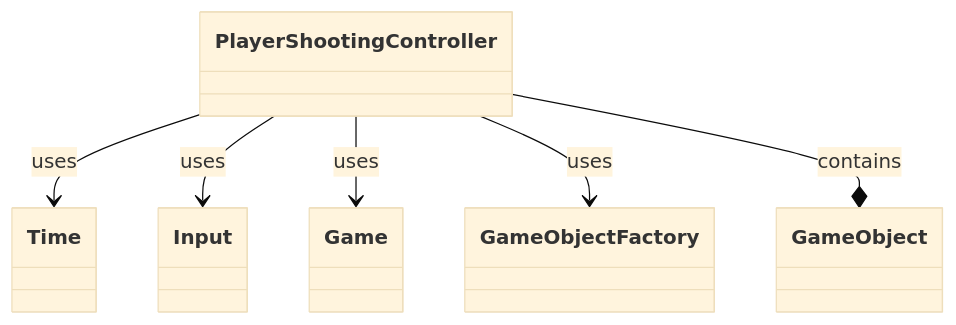
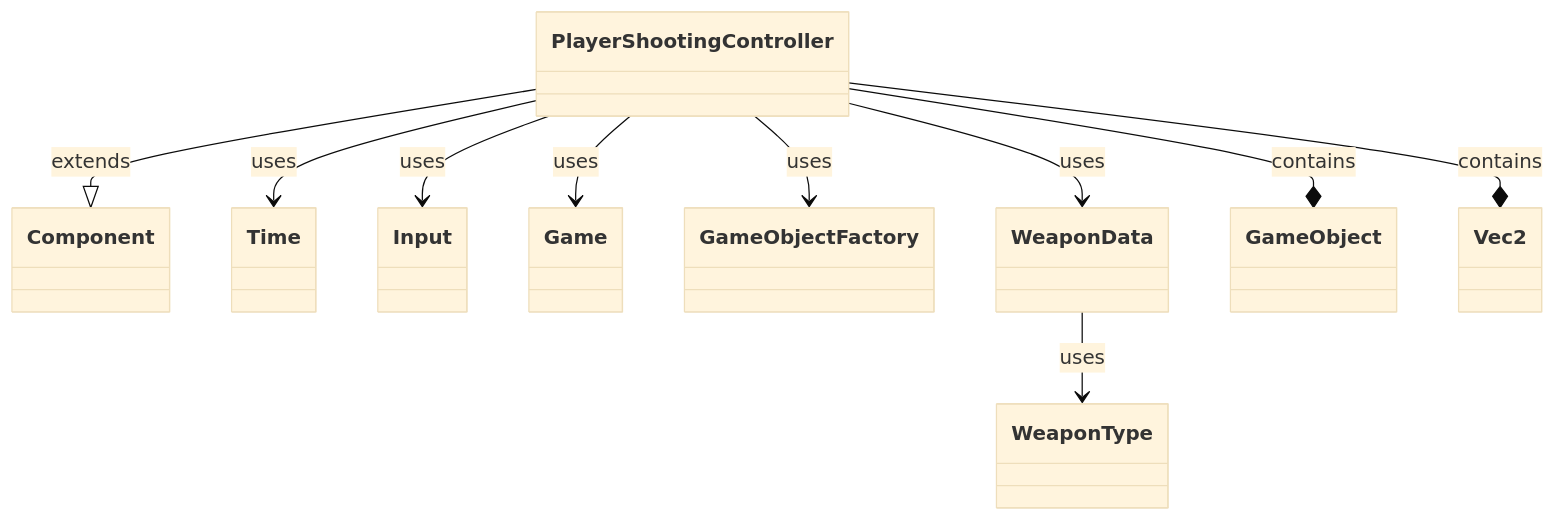
The ninth of 10 diagrams in docs/design/class_diagrams.md (Rimaro03/docs-exam-slayer), drawn with Mermaid (base theme) before and after one commit. The commit also changed other lines of this file, not shown here.

Commit message:
finished class diagram links

````diff
--- a/docs/design/class_diagrams.md
+++ b/docs/design/class_diagrams.md
@@ -194,8 +242,13 @@
 ```mermaid
 classDiagram
+  PlayerShootingController --|> Component: extends
   PlayerShootingController --> Time: uses
   PlayerShootingController --> Input: uses
   PlayerShootingController --> Game: uses
   PlayerShootingController --> GameObjectFactory: uses
+  PlayerShootingController --> WeaponData: uses
   PlayerShootingController --* GameObject: contains
+  PlayerShootingController --* Vec2: contains
+
+  WeaponData --> WeaponType: uses
 ```
````
